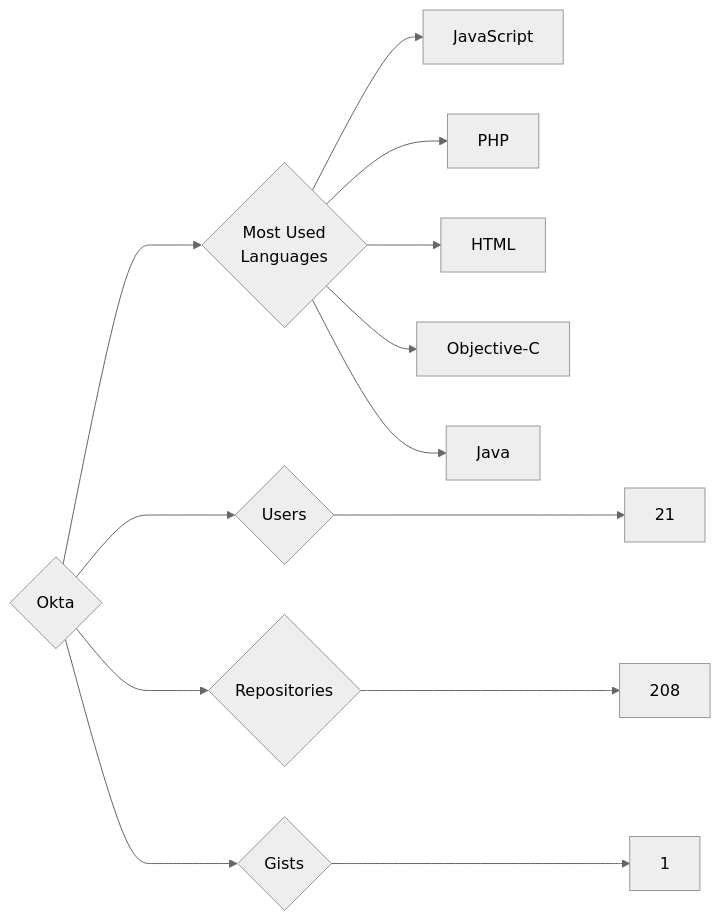
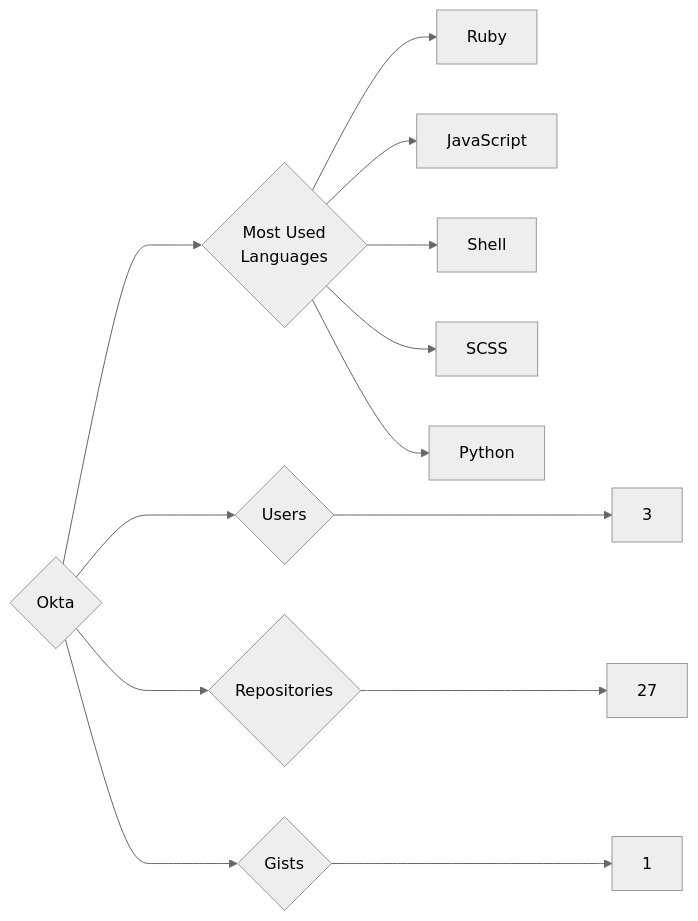
One commit to trickest/insiders changed the diagram in targets/Okta/README.md. Above: the diagram before and after it, drawn with Mermaid (neutral theme). The commit also changed 948 other files, not shown here.

````diff
--- a/targets/Okta/README.md
+++ b/targets/Okta/README.md
@@ -3,13 +3,13 @@
 ```mermaid
 graph LR
 COMPANY_NAME{Okta}
-COMPANY_NAME ---> U{Users} ---> UN[21]
-COMPANY_NAME ---> R{Repositories} ---> RN[208]
+COMPANY_NAME ---> U{Users} ---> UN[3]
+COMPANY_NAME ---> R{Repositories} ---> RN[27]
 COMPANY_NAME ---> G{Gists} ---> GN[1]
 COMPANY_NAME ---> ML{Most Used<br>Languages}
+ML --> Ruby[Ruby]
 ML --> JavaScript[JavaScript]
-ML --> PHP[PHP]
-ML --> HTML[HTML]
-ML --> Objective-C[Objective-C]
-ML --> Java[Java]
+ML --> Shell[Shell]
+ML --> SCSS[SCSS]
+ML --> Python[Python]
 ```
````
